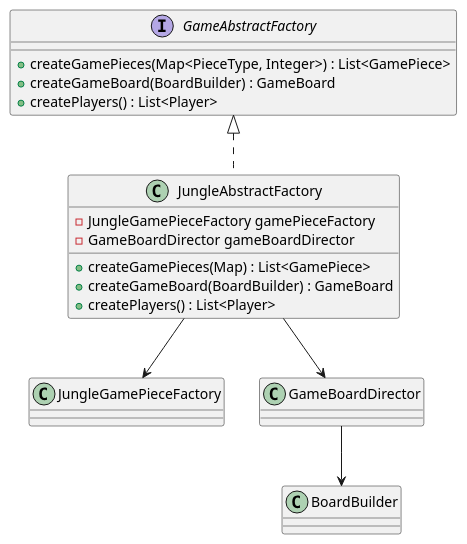
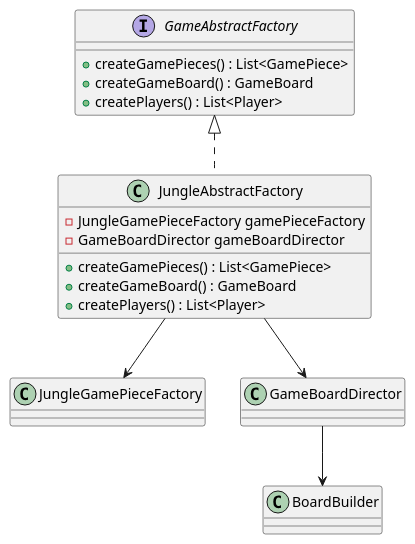
One commit to 20242-ifba-saj-ads-ppr/framework-equipe1 changed the fourth of 22 diagrams in README.md. Above: the diagram before and after it, drawn with PlantUML.

````diff
--- a/README.md
+++ b/README.md
@@ -222,22 +222,22 @@
 ```plantuml
 @startuml
 interface GameAbstractFactory {
-  +createGamePieces(Map<PieceType, Integer>) : List<GamePiece>
-  +createGameBoard(BoardBuilder) : GameBoard
+  +createGamePieces() : List<GamePiece>
+  +createGameBoard() : GameBoard
   +createPlayers() : List<Player>
 }
 
 class JungleAbstractFactory {
   -JungleGamePieceFactory gamePieceFactory
   -GameBoardDirector gameBoardDirector
-  +createGamePieces(Map) : List<GamePiece>
-  +createGameBoard(BoardBuilder) : GameBoard
+  +createGamePieces() : List<GamePiece>
+  +createGameBoard() : GameBoard
   +createPlayers() : List<Player>
 }
 
 GameAbstractFactory <|.. JungleAbstractFactory
 JungleAbstractFactory --> JungleGamePieceFactory
 JungleAbstractFactory --> GameBoardDirector
 GameBoardDirector --> BoardBuilder
 @enduml
 ```
````
